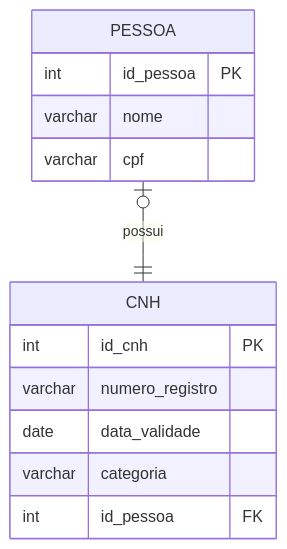
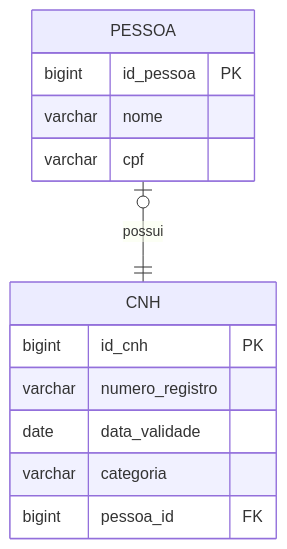
The third of 12 diagrams in aulas/Cardinalidade_MER_Completo.md (DSM-Fatec-Jahu/Banco-de-Dados-Relacional-IBD015), drawn with Mermaid before and after one commit. The commit also changed other lines of this file and 13 other files, not shown here.

````diff
--- a/aulas/Cardinalidade_MER_Completo.md
+++ b/aulas/Cardinalidade_MER_Completo.md
@@ -214,18 +214,18 @@
 ```mermaid
 erDiagram
     PESSOA {
-        int id_pessoa PK
+        bigint id_pessoa PK
         varchar nome
         varchar cpf
     }
 
     CNH {
-        int id_cnh PK
+        bigint id_cnh PK
         varchar numero_registro
         date data_validade
         varchar categoria
-        int id_pessoa FK
+        bigint pessoa_id FK
     }
 
     PESSOA |o--|| CNH : "possui"
 ```
````
